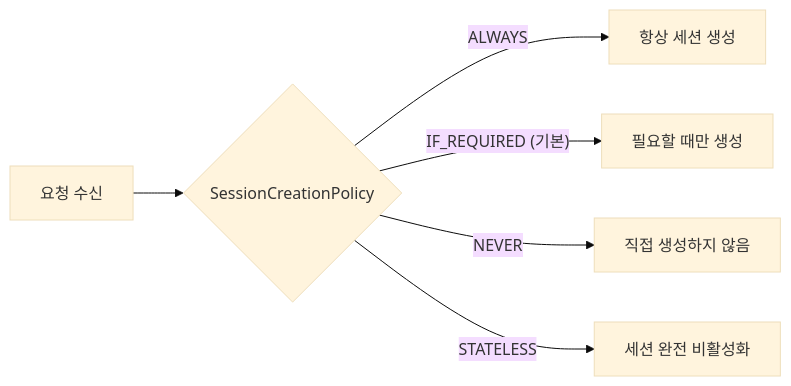
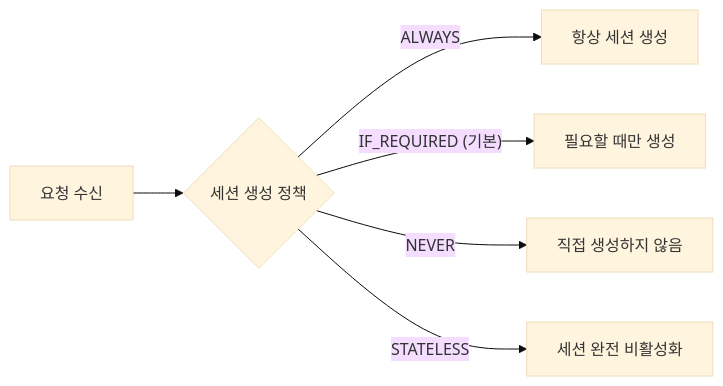
The third of 3 diagrams in _posts/security/2021-02-02-세션 고정 보호.md (yjkim2015/yjkim2015.github.io), drawn with Mermaid (base theme) before and after one commit. The commit also changed other lines of this file and 245 other files, not shown here.

First line of the commit message:
Mermaid 다이어그램 전면 수정 + 면접 포인트 접기/펼치기 + DB 데드락 페이지

````diff
--- a/_posts/security/2021-02-02-세션 고정 보호.md
+++ b/_posts/security/2021-02-02-세션 고정 보호.md
@@ -104,8 +104,8 @@
 ```mermaid
 flowchart LR
-    A["요청 수신"] --> B{"SessionCreationPolicy"}
+    A["요청 수신"] --> B{"세션 생성 정책"}
     B -- "ALWAYS" --> C["항상 세션 생성"]
     B -- "IF_REQUIRED (기본)" --> D["필요할 때만 생성"]
     B -- "NEVER" --> E["직접 생성하지 않음"]
     B -- "STATELESS" --> F["세션 완전 비활성화"]
 ```
````
